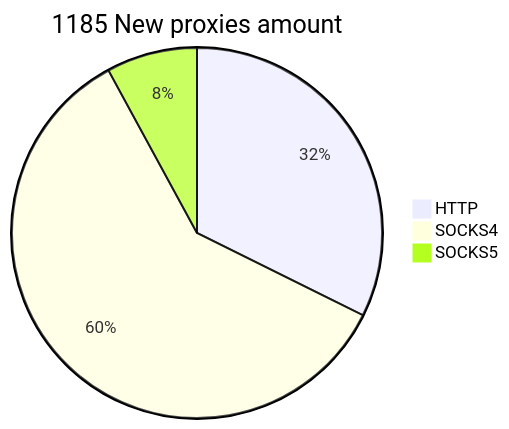
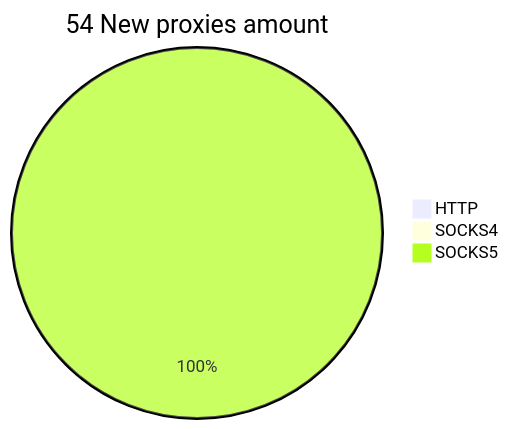
Before and after one commit to cutipu/proxylist: the second of 2 diagrams in README.md, drawn with Mermaid. The commit also changed other lines of this file, not shown here.

````diff
--- a/README.md
+++ b/README.md
@@ -10,6 +10,6 @@
 ```mermaid
-pie title 1185 New proxies amount
-    "HTTP" : 383
-    "SOCKS4" : 708
-    "SOCKS5" : 94
+pie title 54 New proxies amount
+    "HTTP" : 0
+    "SOCKS4" : 0
+    "SOCKS5" : 55
 ```
````
